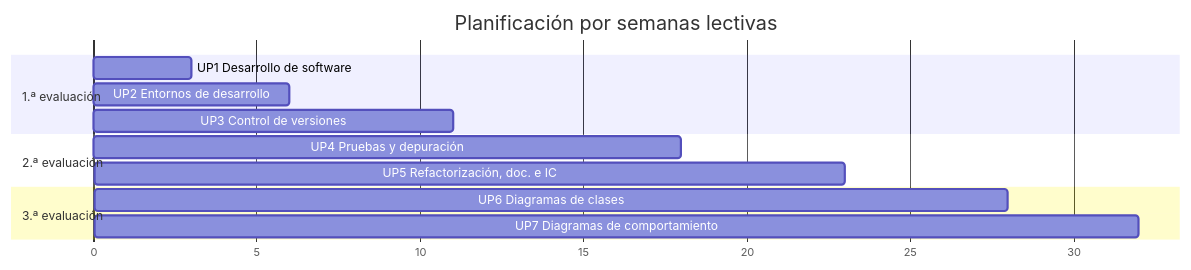
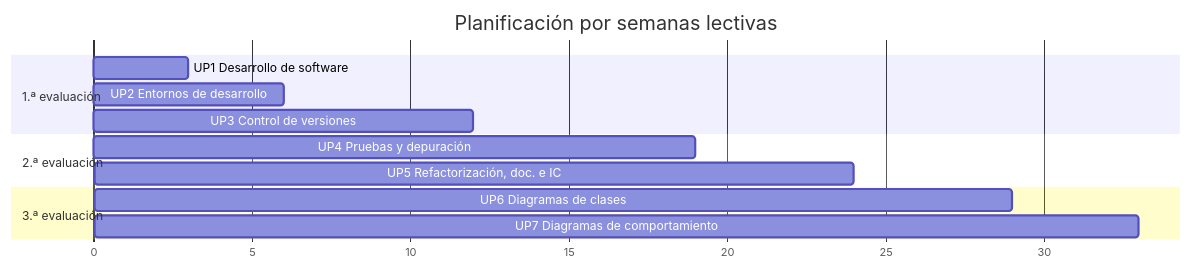
Before and after one commit to mapp-edu/DAW1_487-ED: the diagram in docs/modulo/temporizacion.md, drawn with Mermaid. The commit also changed other lines of this file and 15 other files, not shown here.

````diff
--- a/docs/modulo/temporizacion.md
+++ b/docs/modulo/temporizacion.md
@@ -35,16 +38,16 @@
 ```mermaid
 gantt
     title Planificación por semanas lectivas
     dateFormat X
     axisFormat %s
     section 1.ª evaluación
     UP1 Desarrollo de software   :0, 3
     UP2 Entornos de desarrollo   :3, 6
-    UP3 Control de versiones     :6, 11
+    UP3 Control de versiones     :6, 12
     section 2.ª evaluación
-    UP4 Pruebas y depuración     :11, 18
-    UP5 Refactorización, doc. e IC :18, 23
+    UP4 Pruebas y depuración     :12, 19
+    UP5 Refactorización, doc. e IC :19, 24
     section 3.ª evaluación
-    UP6 Diagramas de clases      :23, 28
-    UP7 Diagramas de comportamiento :28, 32
+    UP6 Diagramas de clases      :24, 29
+    UP7 Diagramas de comportamiento :29, 33
 ```
````
